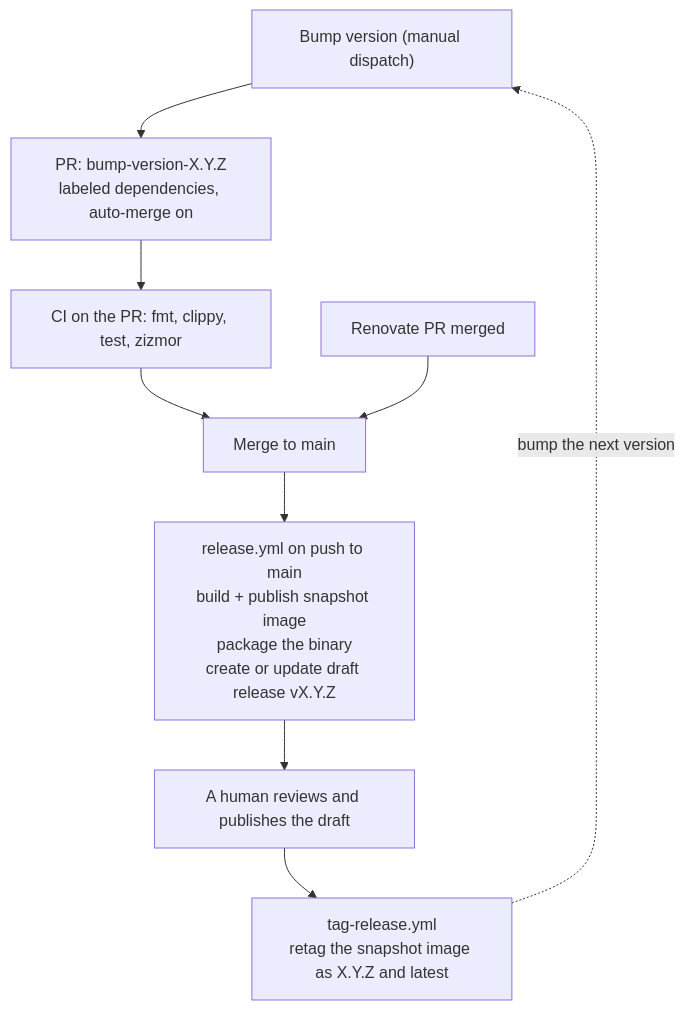
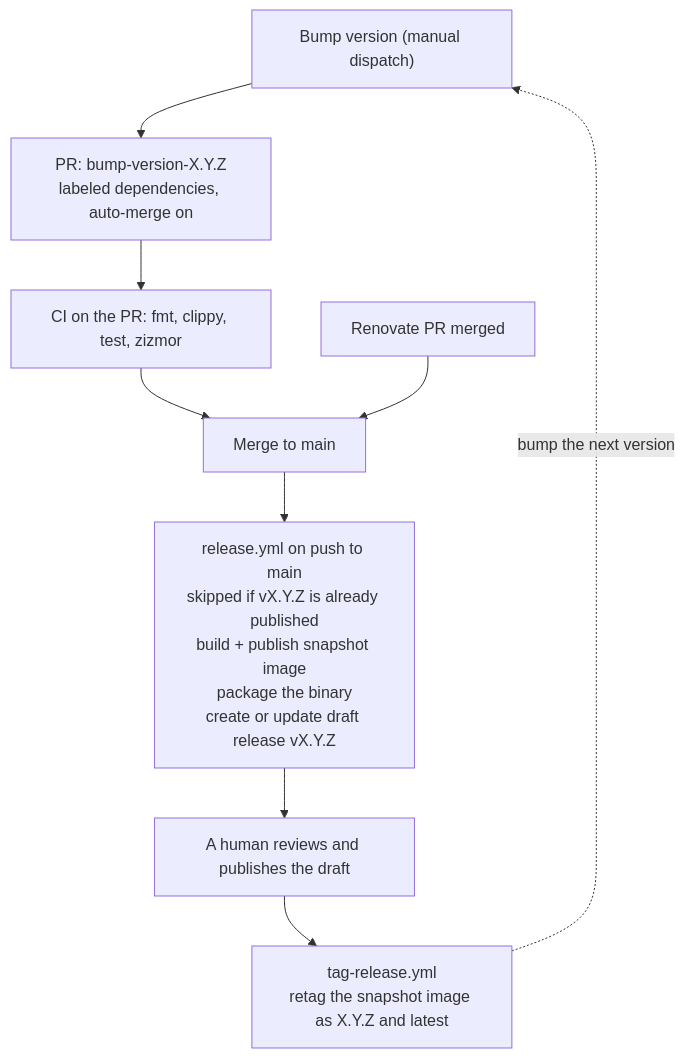
Before and after one commit to dmikusa/calendar-proxy: the diagram in docs/ci.md, drawn with Mermaid. The commit also changed other lines of this file, not shown here.

First line of the commit message:
docs: describe the pre-build check and the no-op push it creates

````diff
--- a/docs/ci.md
+++ b/docs/ci.md
@@ -135,11 +142,11 @@
 ```mermaid
 graph TD
     BUMP["Bump version (manual dispatch)"] --> PR["PR: bump-version-X.Y.Z<br/>labeled dependencies, auto-merge on"]
     PR --> CI["CI on the PR: fmt, clippy, test, zizmor"]
     CI --> MERGE["Merge to main"]
     REN["Renovate PR merged"] --> MERGE
-    MERGE --> REL["release.yml on push to main<br/>build + publish snapshot image<br/>package the binary<br/>create or update draft release vX.Y.Z"]
+    MERGE --> REL["release.yml on push to main<br/>skipped if vX.Y.Z is already published<br/>build + publish snapshot image<br/>package the binary<br/>create or update draft release vX.Y.Z"]
     REL --> PUB["A human reviews and publishes the draft"]
     PUB --> TAG["tag-release.yml<br/>retag the snapshot image as X.Y.Z and latest"]
     TAG -.->|"bump the next version"| BUMP
 ```
````
